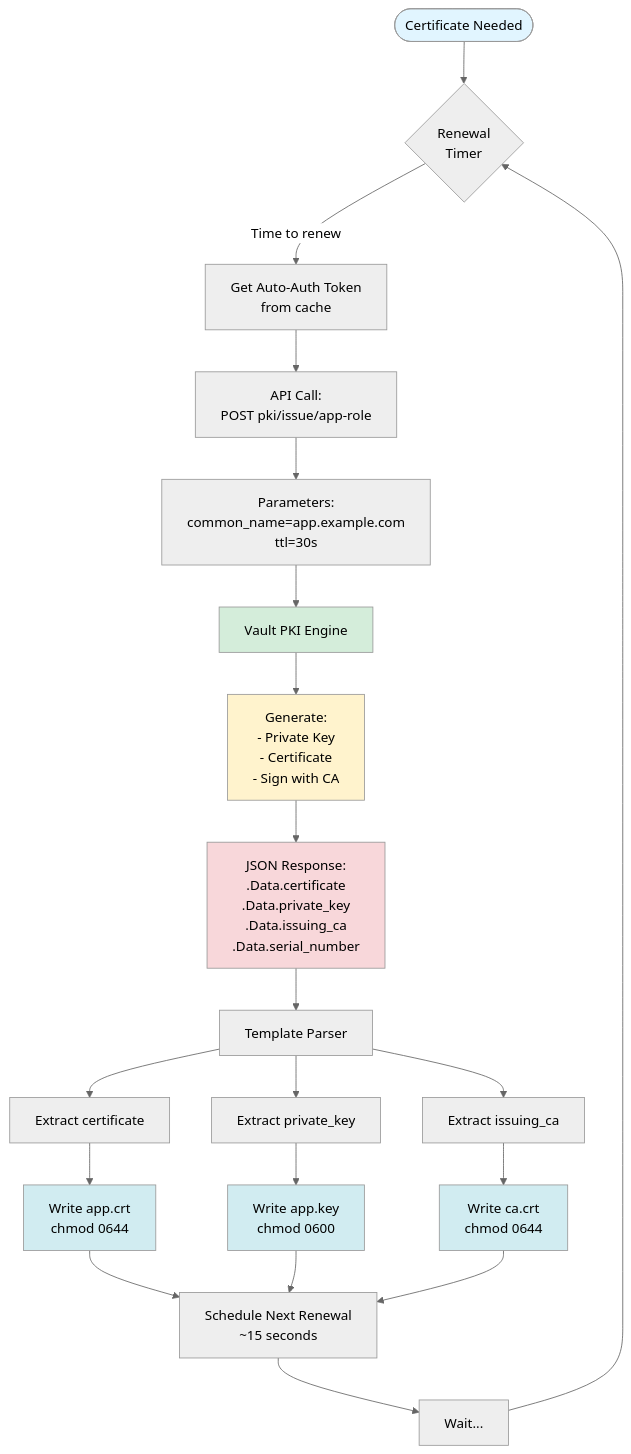
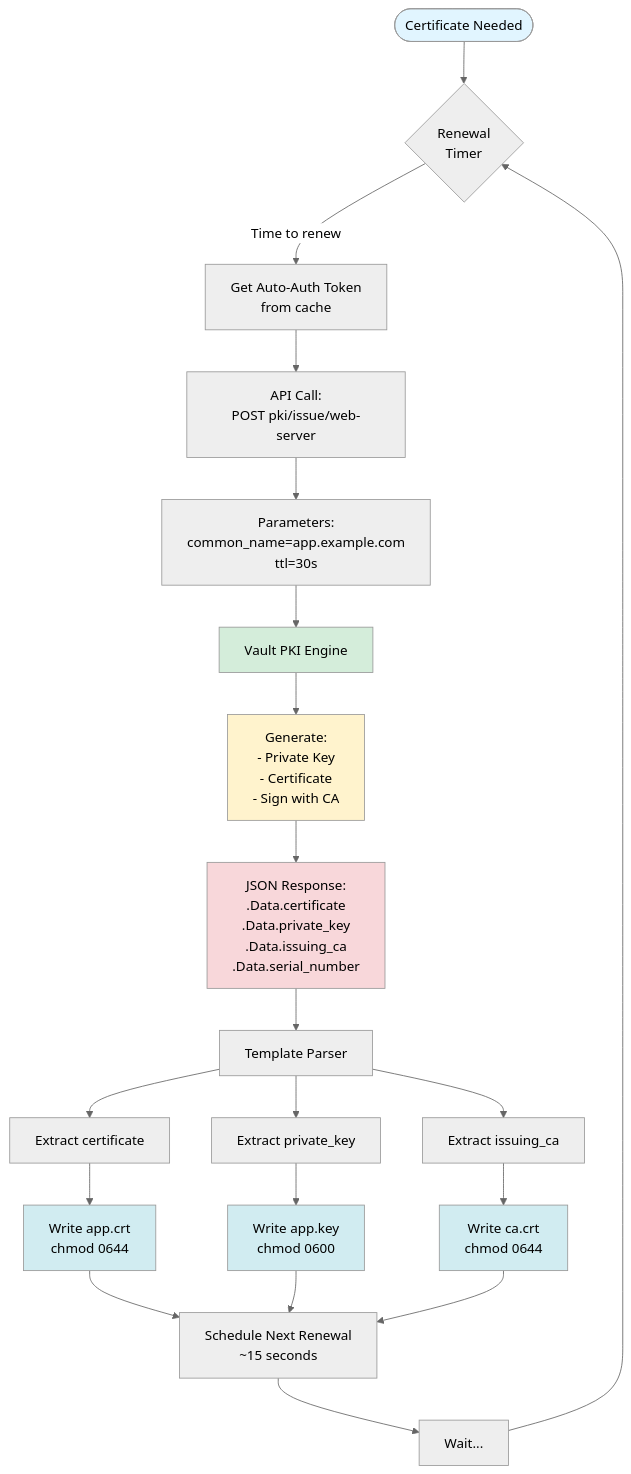
The tenth of 12 diagrams in agent-demo-diagrams.md (songlining/pki), drawn with Mermaid (neutral theme) before and after one commit. The commit also changed other lines of this file and 20 other files, not shown here.

First line of the commit message:
Add deck-api presenterm deck; rename PKI role app-role to web-server

````diff
--- a/agent-demo-diagrams.md
+++ b/agent-demo-diagrams.md
@@ -405,41 +405,41 @@
 ```mermaid
 flowchart TD
     Start([Certificate Needed]) --> Timer{Renewal<br/>Timer}
     
     Timer -->|Time to renew| GetToken[Get Auto-Auth Token<br/>from cache]
     
-    GetToken --> APICall[API Call:<br/>POST pki/issue/app-role]
+    GetToken --> APICall[API Call:<br/>POST pki/issue/web-server]
     
     APICall --> Params[Parameters:<br/>common_name=app.example.com<br/>ttl=30s]
     
     Params --> VaultPKI[Vault PKI Engine]
     
     VaultPKI --> Generate[Generate:<br/>- Private Key<br/>- Certificate<br/>- Sign with CA]
     
     Generate --> Response[JSON Response:<br/>.Data.certificate<br/>.Data.private_key<br/>.Data.issuing_ca<br/>.Data.serial_number]
     
     Response --> Parse[Template Parser]
     
     Parse --> Extract1[Extract certificate]
     Parse --> Extract2[Extract private_key]
     Parse --> Extract3[Extract issuing_ca]
     
     Extract1 --> Write1[Write app.crt<br/>chmod 0644]
     Extract2 --> Write2[Write app.key<br/>chmod 0600]
     Extract3 --> Write3[Write ca.crt<br/>chmod 0644]
     
     Write1 --> Schedule[Schedule Next Renewal<br/>~15 seconds]
     Write2 --> Schedule
     Write3 --> Schedule
     
     Schedule --> Wait[Wait...]
     Wait --> Timer
     
     style Start fill:#e1f5ff
     style VaultPKI fill:#d4edda
     style Generate fill:#fff3cd
     style Response fill:#f8d7da
     style Write1 fill:#d1ecf1
     style Write2 fill:#d1ecf1
     style Write3 fill:#d1ecf1
 ```
````
